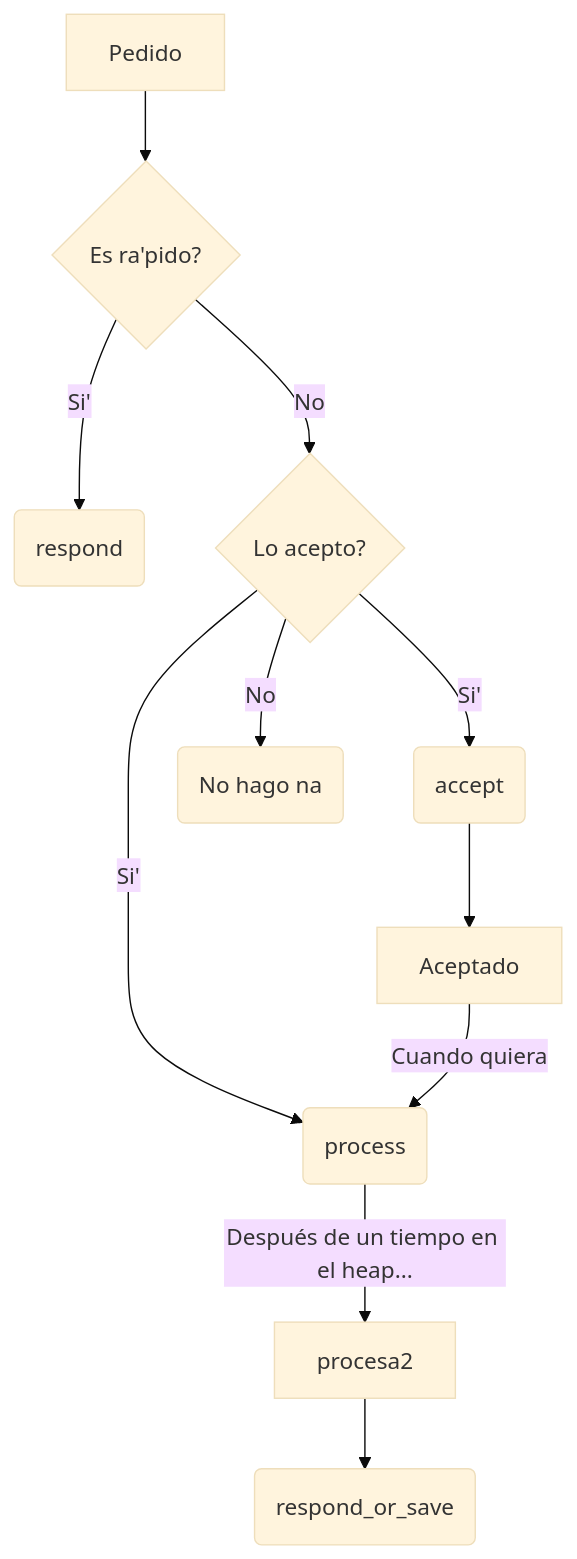
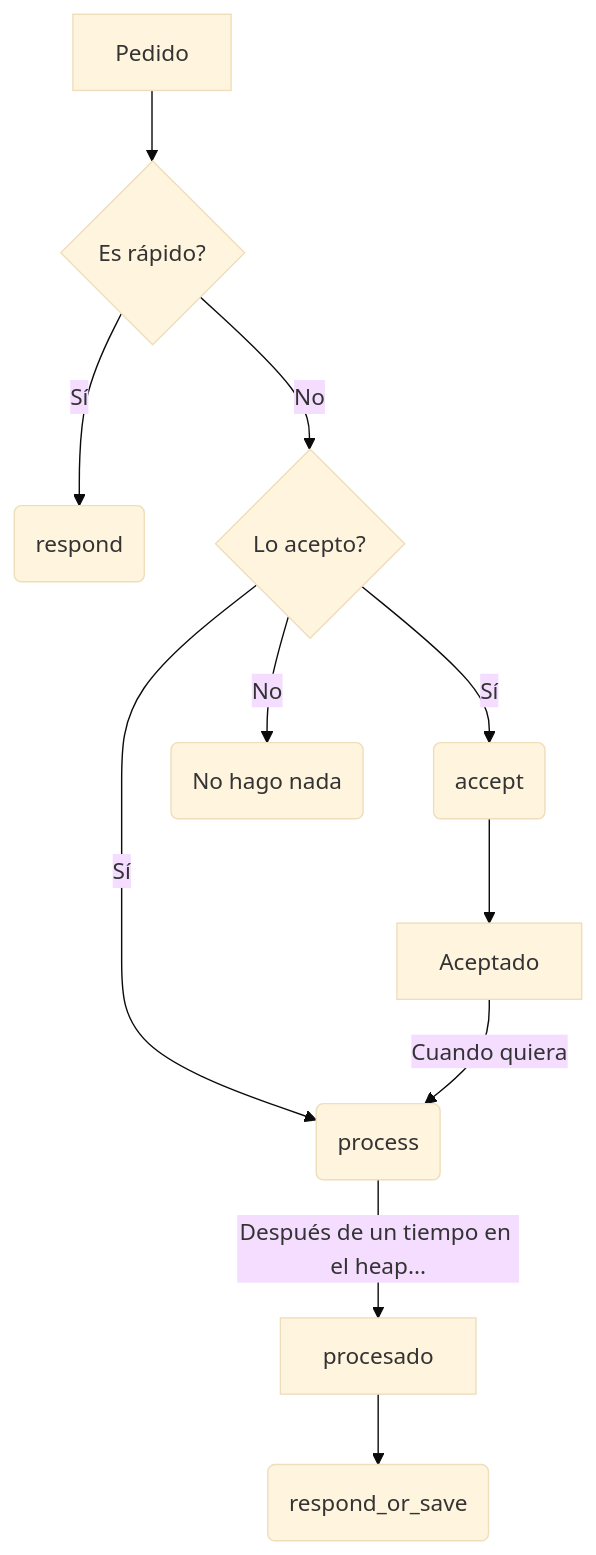
The second of 2 diagrams in docs/reporte.md (CSProjectsAvatar/SimCopIA), drawn with Mermaid (base theme) before and after one commit. The commit also changed other lines of this file and 5 other files, not shown here.

````diff
--- a/docs/reporte.md
+++ b/docs/reporte.md
@@ -620,13 +622,13 @@
 ```mermaid
 graph TD
-    A[Pedido] --> C{Es ra'pido?}
-    C -->|Si'| D(respond)
+    A[Pedido] --> C{Es rápido?}
+    C -->|Sí| D(respond)
     C -->|No| E{Lo acepto?}
-    E -->|Si'| F(accept)
-    E -->|Si'| K
-    E -->|No| H(No hago na)
+    E -->|Sí| F(accept)
+    E -->|Sí| K
+    E -->|No| H(No hago nada)
     F --> I[Aceptado]
     I -->|Cuando quiera| K(process)
-    K -->|Después de un tiempo en el heap...| L[procesa2]
+    K -->|Después de un tiempo en el heap...| L[procesado]
     L --> J(respond_or_save)
 ```
````
